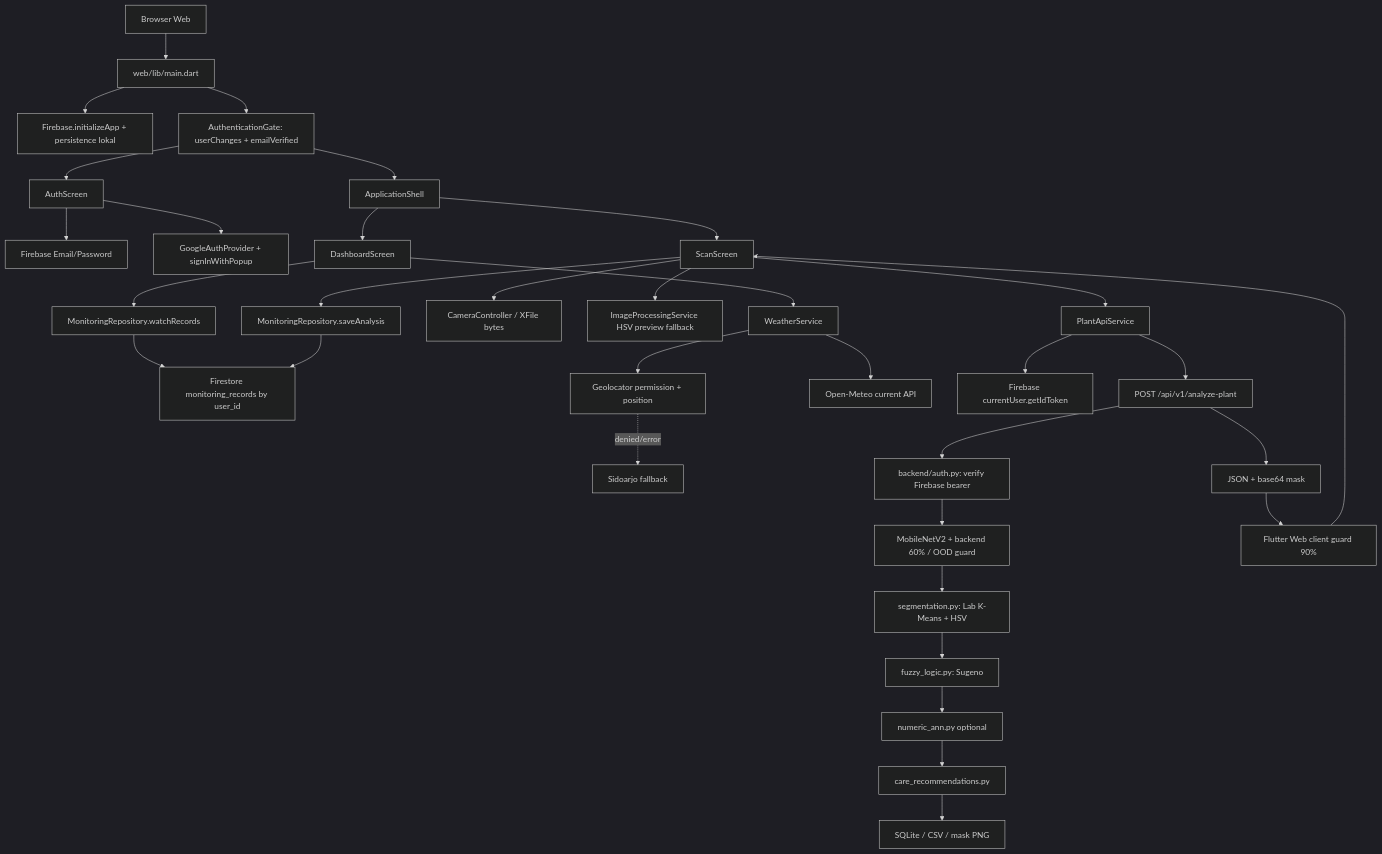
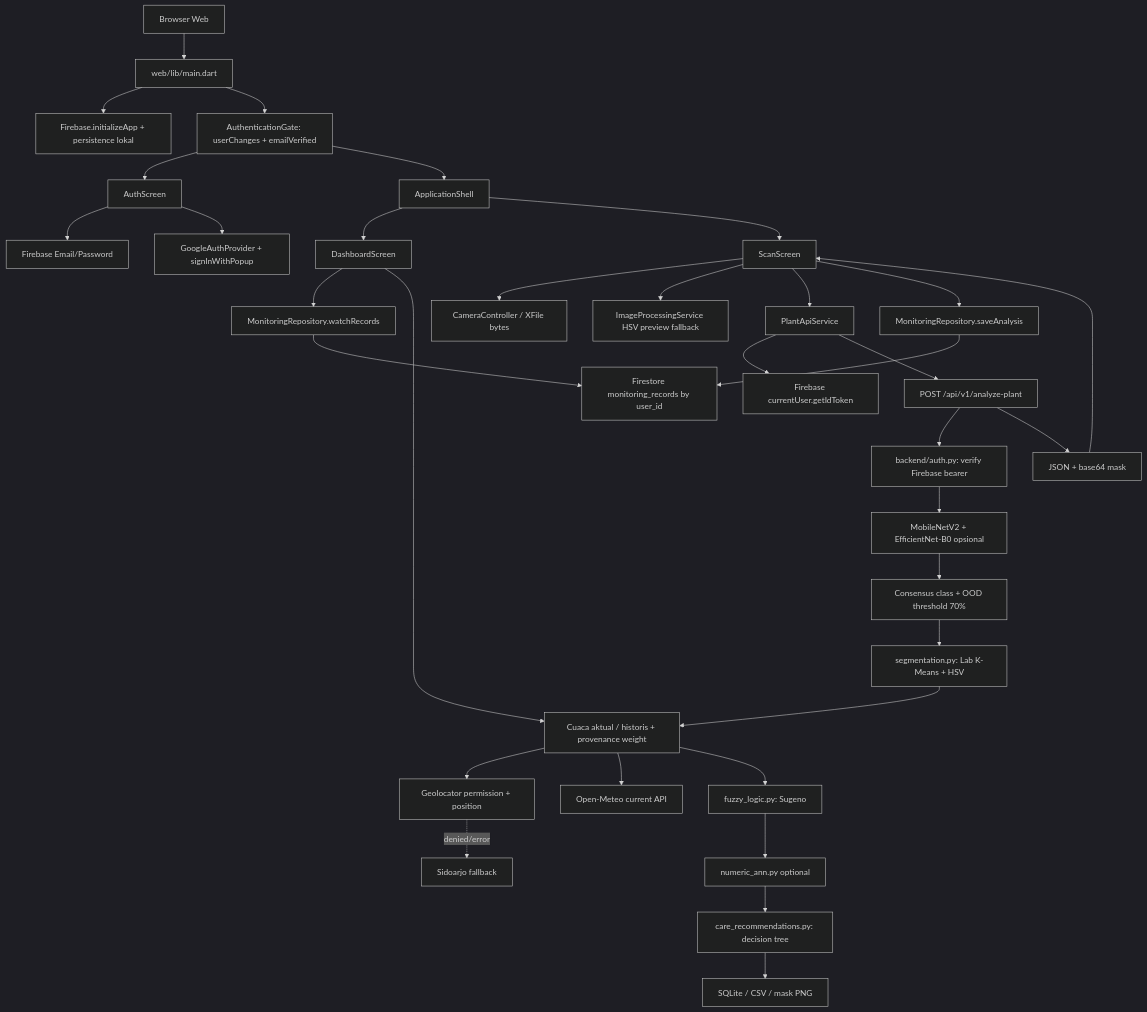
The diagram in LAPORAN_PBL.md (aiilanmlana-hash/LEAF-LENS_Aplikasi-Monitoring-Kondisi-Tanaman-Berbasis-Hybrid-AI-dan-Data-Cuaca-Real-Time), drawn with Mermaid (dark theme) before and after one commit. The commit also changed other lines of this file and 36250 other files, not shown here.

````diff
--- a/LAPORAN_PBL.md
+++ b/LAPORAN_PBL.md
@@ -579,35 +605,36 @@
 ```mermaid
 flowchart TD
   Browser[Browser Web] --> Main[web/lib/main.dart]
   Main --> FirebaseInit[Firebase.initializeApp + persistence lokal]
   Main --> Gate[AuthenticationGate: userChanges + emailVerified]
   Gate --> Auth[AuthScreen]
   Auth --> EmailAuth[Firebase Email/Password]
   Auth --> GoogleAuth[GoogleAuthProvider + signInWithPopup]
   Gate --> Shell[ApplicationShell]
   Shell --> Dashboard[DashboardScreen]
   Dashboard --> RepoWatch[MonitoringRepository.watchRecords]
   RepoWatch --> Firestore[Firestore monitoring_records by user_id]
   Dashboard --> Weather[WeatherService]
   Weather --> Geo[Geolocator permission + position]
   Weather --> OpenMeteo[Open-Meteo current API]
   Geo -. denied/error .-> Fallback[Sidoarjo fallback]
   Shell --> Scan[ScanScreen]
   Scan --> Camera[CameraController / XFile bytes]
   Scan --> LocalHSV[ImageProcessingService HSV preview fallback]
   Scan --> Api[PlantApiService]
   Api --> Token[Firebase currentUser.getIdToken]
   Api --> FastAPI[POST /api/v1/analyze-plant]
   FastAPI --> Verify[backend/auth.py: verify Firebase bearer]
-  Verify --> Guard[MobileNetV2 + backend 60% / OOD guard]
+  Verify --> Ensemble[MobileNetV2 + EfficientNet-B0 opsional]
+  Ensemble --> Guard[Consensus class + OOD threshold 70%]
   Guard --> Seg[segmentation.py: Lab K-Means + HSV]
-  Seg --> Fuzzy[fuzzy_logic.py: Sugeno]
+  Seg --> Weather[Cuaca aktual / historis + provenance weight]
+  Weather --> Fuzzy[fuzzy_logic.py: Sugeno]
   Fuzzy --> ANN[numeric_ann.py optional]
-  ANN --> Care[care_recommendations.py]
+  ANN --> Care[care_recommendations.py: decision tree]
   Care --> LocalDB[SQLite / CSV / mask PNG]
   FastAPI --> Result[JSON + base64 mask]
-  Result --> ClientGuard[Flutter Web client guard 90%]
-  ClientGuard --> Scan
+  Result --> Scan
   Scan --> RepoSave[MonitoringRepository.saveAnalysis]
   RepoSave --> Firestore
 ```
````
